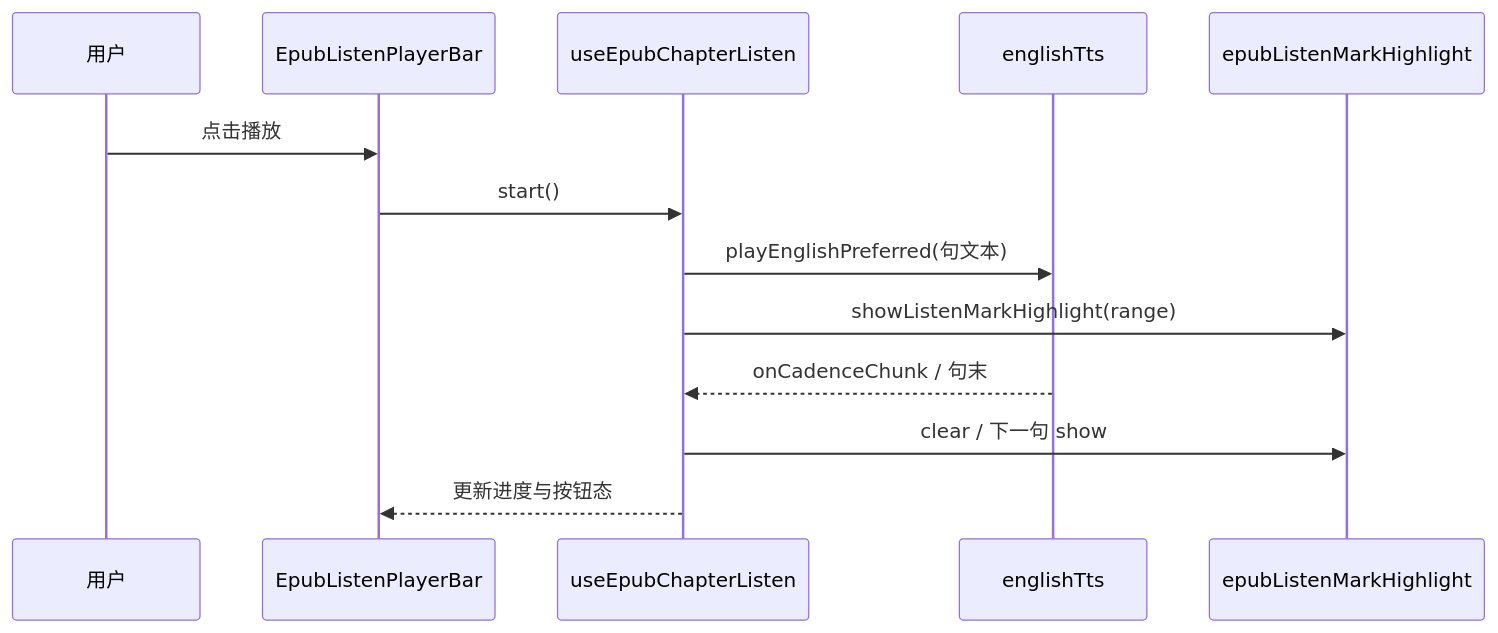
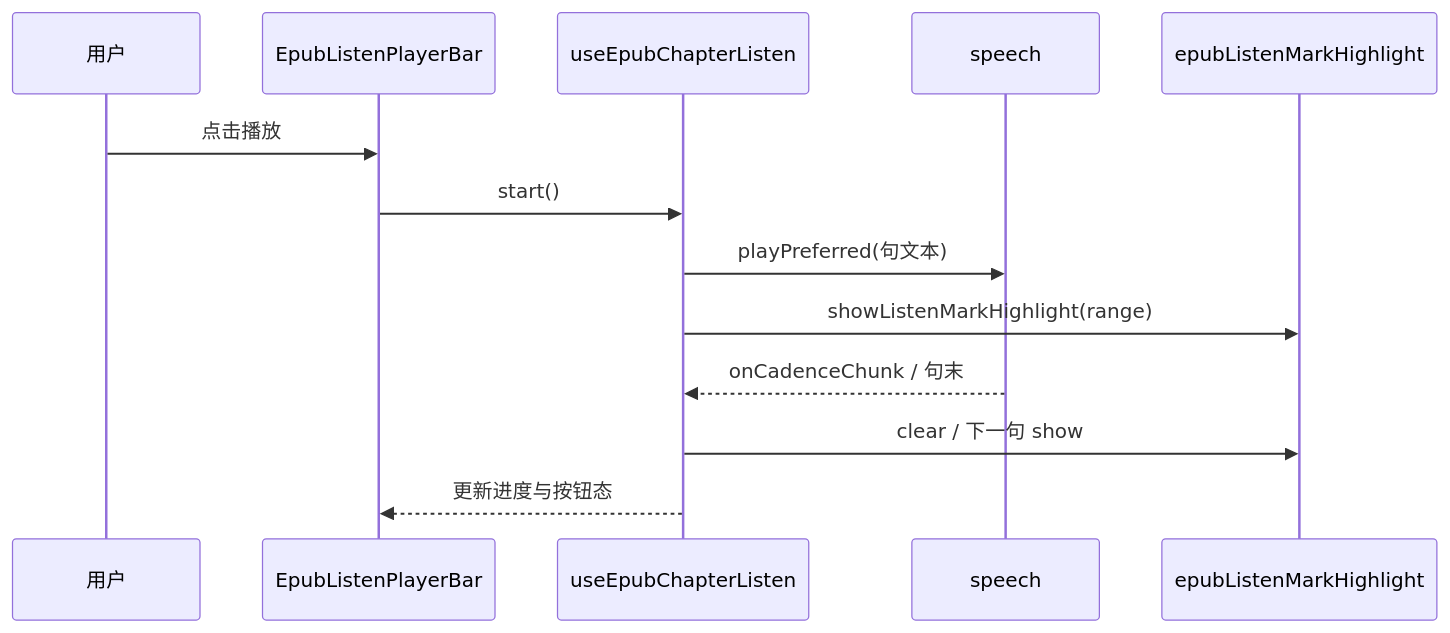
One commit to dnhyxc/dnhyxc-ai changed the third of 3 diagrams in .cursor/skills/feature-implementation-idea/references/diagram-guide.md. Above: the diagram before and after it, drawn with Mermaid. The commit also changed other lines of this file and 111 other files, not shown here.

````diff
--- a/.cursor/skills/feature-implementation-idea/references/diagram-guide.md
+++ b/.cursor/skills/feature-implementation-idea/references/diagram-guide.md
@@ -127,16 +127,16 @@
 ```mermaid
 sequenceDiagram
   participant U as 用户
   participant UI as EpubListenPlayerBar
   participant H as useEpubChapterListen
-  participant T as englishTts
+  participant T as speech
   participant M as epubListenMarkHighlight
 
   U->>UI: 点击播放
   UI->>H: start()
-  H->>T: playEnglishPreferred(句文本)
+  H->>T: playPreferred(句文本)
   H->>M: showListenMarkHighlight(range)
   T-->>H: onCadenceChunk / 句末
   H->>M: clear / 下一句 show
   H-->>UI: 更新进度与按钮态
 ```
````
